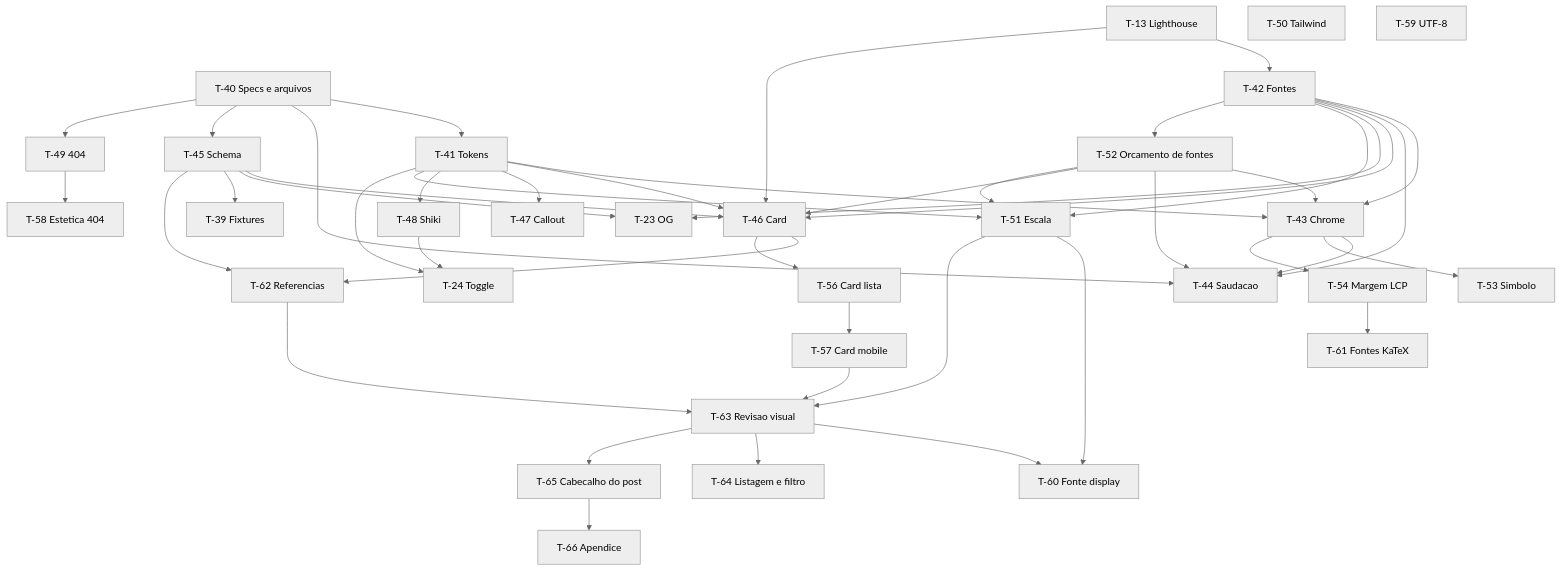
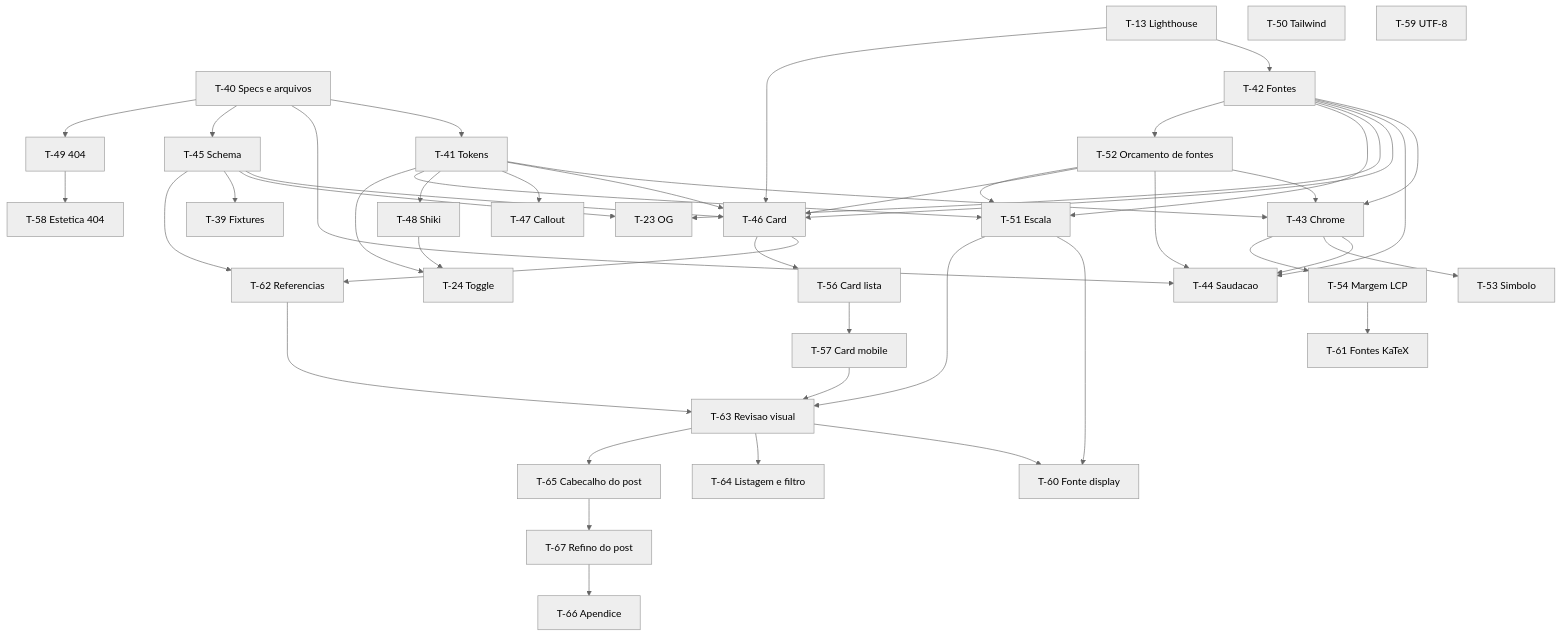
Before and after one commit to Pedroknoll/blog_pedro-knoll: the second of 2 diagrams in specs/ROADMAP.md, drawn with Mermaid (neutral theme). The commit also changed other lines of this file, not shown here.

Commit message:
T-67 — registro: cria a T-67 e põe a T-66 depois dela [RF-04] (#43)

````diff
--- a/specs/ROADMAP.md
+++ b/specs/ROADMAP.md
@@ -86,76 +86,78 @@
 ```mermaid
 flowchart TD
   T40[T-40 Specs e arquivos]
   T41[T-41 Tokens]
   T13[T-13 Lighthouse]
   T42[T-42 Fontes]
   T51[T-51 Escala]
   T52[T-52 Orcamento de fontes]
   T43[T-43 Chrome]
   T44[T-44 Saudacao]
   T45[T-45 Schema]
   T46[T-46 Card]
   T47[T-47 Callout]
   T48[T-48 Shiki]
   T49[T-49 404]
   T50[T-50 Tailwind]
   T23[T-23 OG]
   T24[T-24 Toggle]
   T39[T-39 Fixtures]
   T53[T-53 Simbolo]
   T54[T-54 Margem LCP]
   T62[T-62 Referencias]
   T56[T-56 Card lista]
   T57[T-57 Card mobile]
   T58[T-58 Estetica 404]
   T59[T-59 UTF-8]
   T60[T-60 Fonte display]
   T61[T-61 Fontes KaTeX]
   T63[T-63 Revisao visual]
   T64[T-64 Listagem e filtro]
   T65[T-65 Cabecalho do post]
   T66[T-66 Apendice]
+  T67[T-67 Refino do post]
   T40 --> T41
   T40 --> T44
   T40 --> T45
   T40 --> T49
   T13 --> T42
   T41 --> T43
   T42 --> T43
   T43 --> T44
   T42 --> T44
   T13 --> T46
   T41 --> T46
   T42 --> T46
   T45 --> T46
   T41 --> T47
   T41 --> T48
   T45 --> T23
   T42 --> T23
   T42 --> T51
   T41 --> T51
   T42 --> T52
   T52 --> T43
   T52 --> T44
   T52 --> T46
   T52 --> T51
   T45 --> T39
   T41 --> T24
   T48 --> T24
   T43 --> T53
   T43 --> T54
   T45 --> T62
   T46 --> T62
   T46 --> T56
   T56 --> T57
   T49 --> T58
   T51 --> T60
   T54 --> T61
   T51 --> T63
   T57 --> T63
   T62 --> T63
   T63 --> T60
   T63 --> T64
   T63 --> T65
-  T65 --> T66
+  T65 --> T67
+  T67 --> T66
 ```
````
